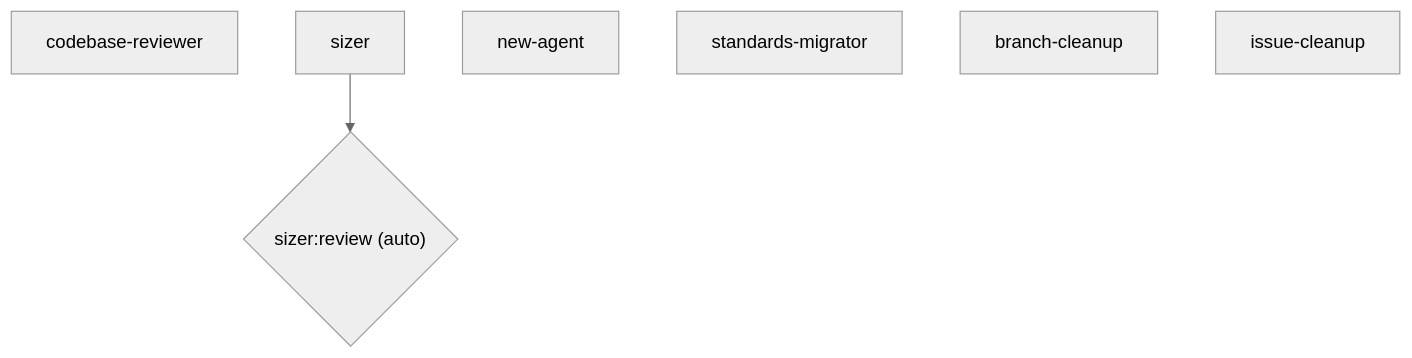
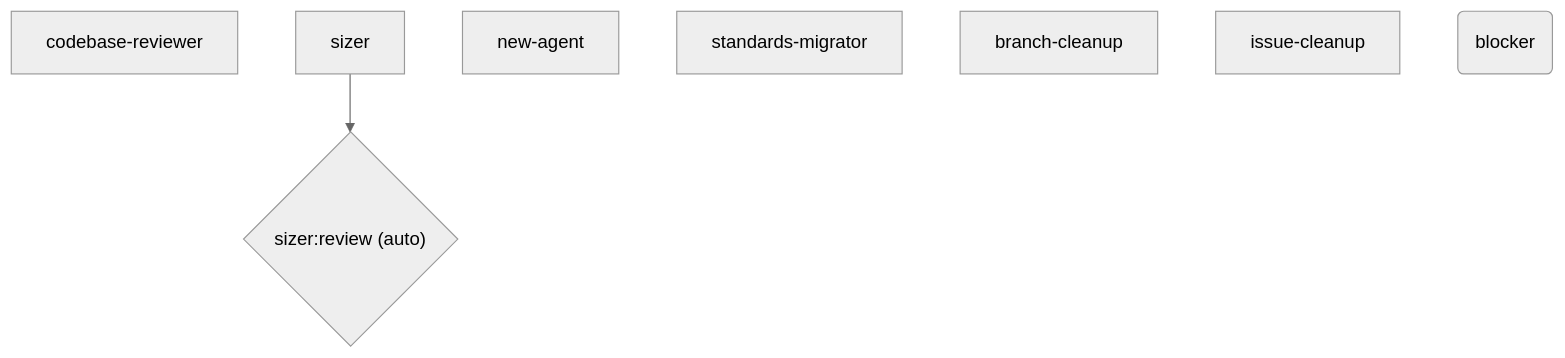
The diagram in docs/product/orchestrator/generated/phases/00_ondemand.mmd (M-A-Operating-System/ai-coding-standards2), drawn with Mermaid (neutral theme) before and after one commit. The commit also changed 2 other files, not shown here.

Commit message:
chore: regenerate pipeline diagrams

```diff
--- a/docs/product/orchestrator/generated/phases/00_ondemand.mmd
+++ b/docs/product/orchestrator/generated/phases/00_ondemand.mmd
@@ -1,9 +1,10 @@
 flowchart TD
     n_00_ondemand__codebase_reviewer["codebase-reviewer"]
     n_00_ondemand__sizer["sizer"]
     n_00_ondemand__new_agent["new-agent"]
     n_00_ondemand__standards_migrator["standards-migrator"]
     n_00_ondemand__branch_cleanup["branch-cleanup"]
     n_00_ondemand__issue_cleanup["issue-cleanup"]
+    n_00_ondemand__blocker("blocker")
     gate__n_00_ondemand__sizer{"sizer:review (auto)"}
     n_00_ondemand__sizer --> gate__n_00_ondemand__sizer
```
